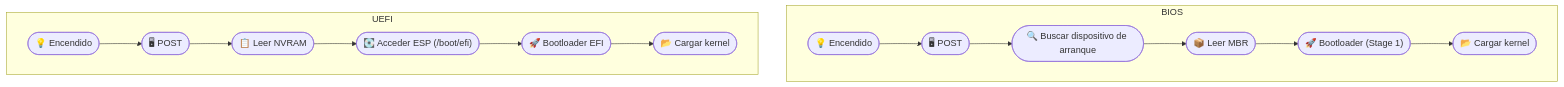
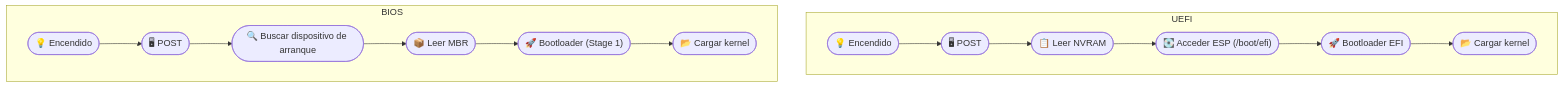
The third of 3 diagrams in Anexos_LFS4Students-ES/Bios_boot-UEFI.md (GualaDRAKE/LFS4Students-ES), drawn with Mermaid before and after one commit.

````diff
--- a/Anexos_LFS4Students-ES/Bios_boot-UEFI.md
+++ b/Anexos_LFS4Students-ES/Bios_boot-UEFI.md
@@ -345,18 +345,17 @@
 ```mermaid
 flowchart TD
+    subgraph UEFI
+        A2(["💡 Encendido"]) --> B2(["🖥 POST"])
+        B2 --> C2(["📋 Leer NVRAM"])
+        C2 --> D2(["💽 Acceder ESP (/boot/efi)"])
+        D2 --> E2(["🚀 Bootloader EFI"])
+        E2 --> F2(["📂 Cargar kernel"])
+    end
     subgraph BIOS
         A1(["💡 Encendido"]) --> B1(["🖥 POST"])
         B1 --> C1(["🔍 Buscar dispositivo de arranque"])
         C1 --> D1(["📦 Leer MBR"])
         D1 --> E1(["🚀 Bootloader (Stage 1)"])
         E1 --> F1(["📂 Cargar kernel"])
     end
-
-    subgraph UEFI
-        A2(["💡 Encendido"]) --> B2(["🖥 POST"])
-        B2 --> C2(["📋 Leer NVRAM"])
-        C2 --> D2(["💽 Acceder ESP (/boot/efi)"])
-        D2 --> E2(["🚀 Bootloader EFI"])
-        E2 --> F2(["📂 Cargar kernel"])
-    end
 ```
````
